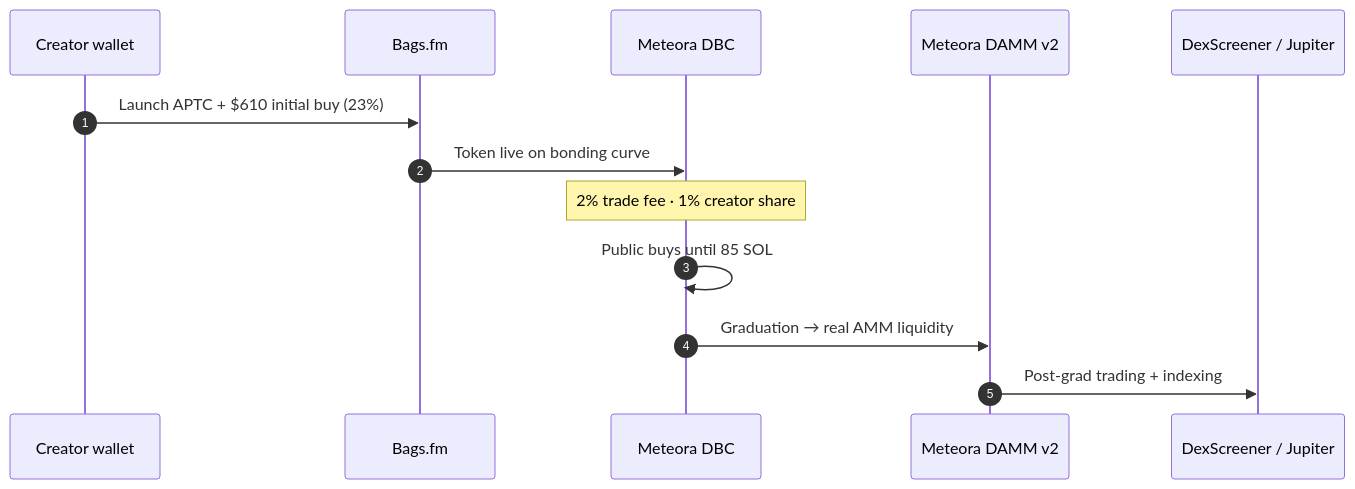
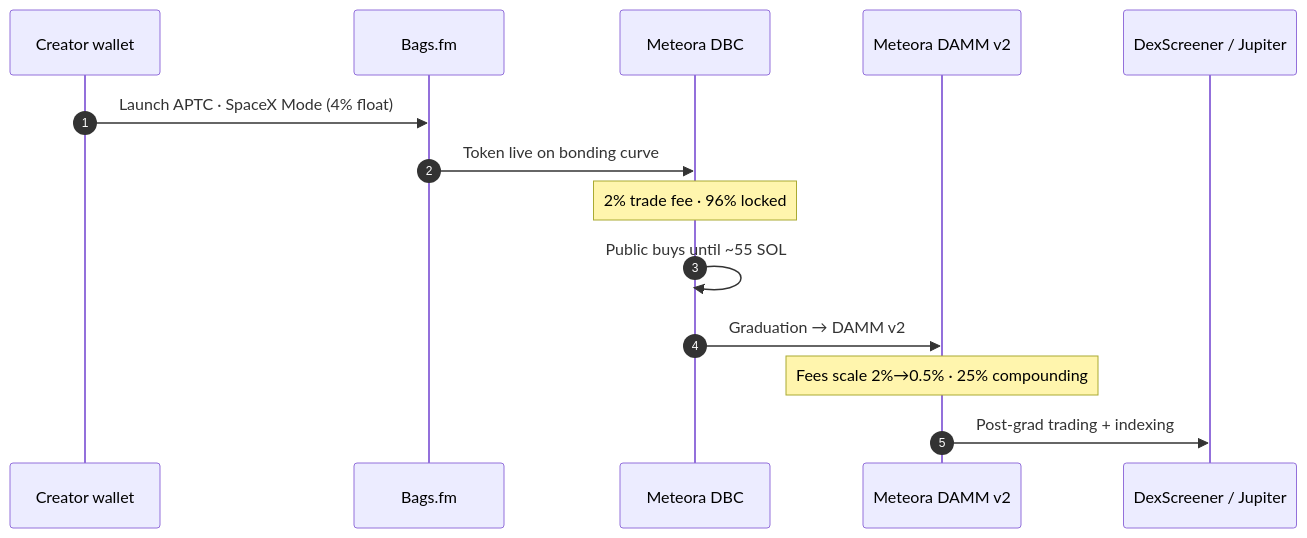
Before and after one commit to AmaanSayyad/apt-casino: the first of 2 diagrams in docs/APTC_TOKENOMICS.md, drawn with Mermaid. The commit also changed other lines of this file and 29 other files, not shown here.

First line of the commit message:
Fix launch UX and Aptos play, adopt Bags SpaceX Mode tokenomics.

````diff
--- a/docs/APTC_TOKENOMICS.md
+++ b/docs/APTC_TOKENOMICS.md
@@ -35,16 +40,17 @@
 ```mermaid
 sequenceDiagram
     autonumber
     participant C as Creator wallet
     participant B as Bags.fm
     participant D as Meteora DBC
     participant M as Meteora DAMM v2
     participant X as DexScreener / Jupiter
 
-    C->>B: Launch APTC + $610 initial buy (23%)
+    C->>B: Launch APTC · SpaceX Mode (4% float)
     B->>D: Token live on bonding curve
-    Note over D: 2% trade fee · 1% creator share
-    D->>D: Public buys until 85 SOL
-    D->>M: Graduation → real AMM liquidity
+    Note over D: 2% trade fee · 96% locked
+    D->>D: Public buys until ~55 SOL
+    D->>M: Graduation → DAMM v2
+    Note over M: Fees scale 2%→0.5% · 25% compounding
     M->>X: Post-grad trading + indexing
 ```
````
